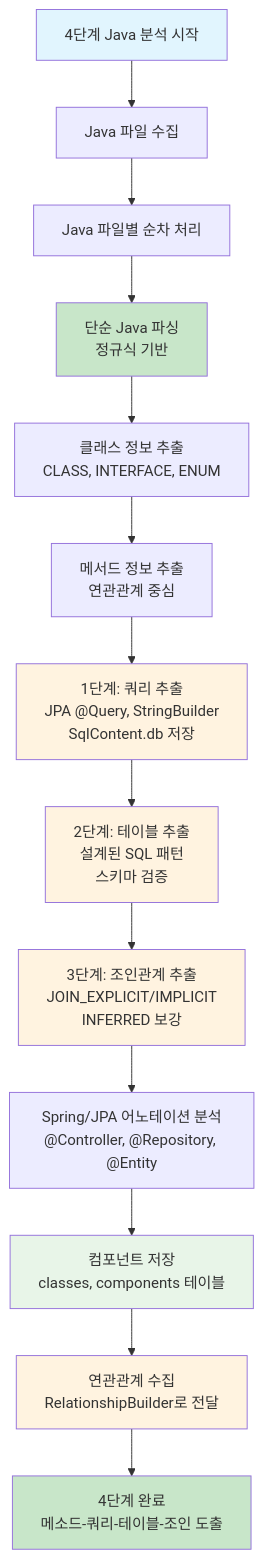
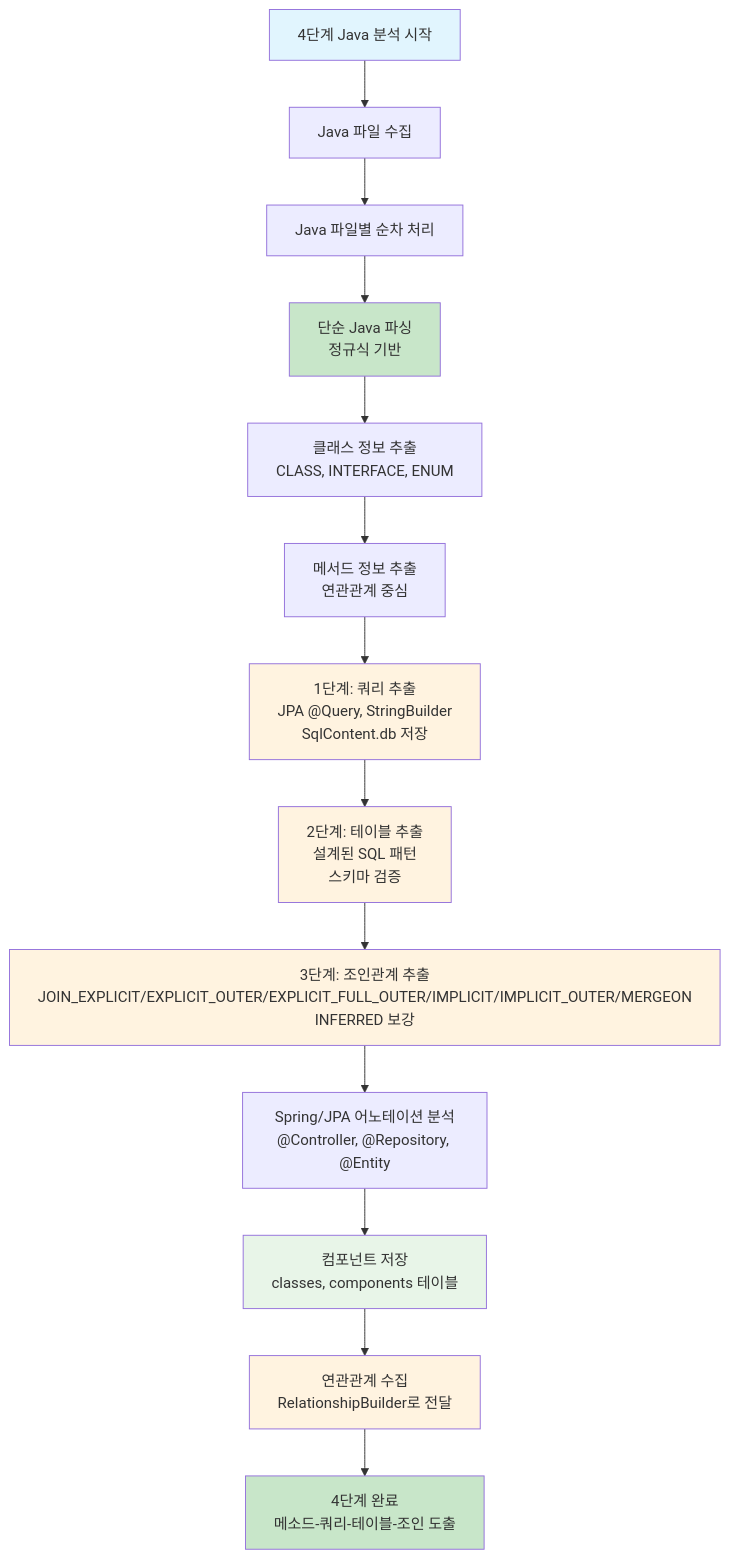
The first of 3 diagrams in docs/07_4단계_Java_분석_구현서.md (kumtaek/CreateMetaDb), drawn with Mermaid before and after one commit. The commit also changed other lines of this file and 104 other files, not shown here.

````diff
--- a/docs/07_4단계_Java_분석_구현서.md
+++ b/docs/07_4단계_Java_분석_구현서.md
@@ -51,24 +55,24 @@
 ```mermaid
 flowchart TD
     A[4단계 Java 분석 시작] --> B[Java 파일 수집]
     B --> C[Java 파일별 순차 처리]
     C --> D["단순 Java 파싱<br/>정규식 기반"]
     D --> E["클래스 정보 추출<br/>CLASS, INTERFACE, ENUM"]
     E --> F["메서드 정보 추출<br/>연관관계 중심"]
     F --> G1["1단계: 쿼리 추출<br/>JPA @Query, StringBuilder<br/>SqlContent.db 저장"]
     G1 --> G2["2단계: 테이블 추출<br/>설계된 SQL 패턴<br/>스키마 검증"]
-    G2 --> G3["3단계: 조인관계 추출<br/>JOIN_EXPLICIT/IMPLICIT<br/>INFERRED 보강"]
+    G2 --> G3["3단계: 조인관계 추출<br/>JOIN_EXPLICIT/EXPLICIT_OUTER/EXPLICIT_FULL_OUTER/IMPLICIT/IMPLICIT_OUTER/MERGEON<br/>INFERRED 보강"]
     G3 --> H["Spring/JPA 어노테이션 분석<br/>@Controller, @Repository, @Entity"]
     H --> I["컴포넌트 저장<br/>classes, components 테이블"]
     I --> J["연관관계 수집<br/>RelationshipBuilder로 전달"]
     J --> K["4단계 완료<br/>메소드-쿼리-테이블-조인 도출"]
     
     style A fill:#e1f5fe
     style K fill:#c8e6c9
     style D fill:#c8e6c9
     style G1 fill:#fff3e0
     style G2 fill:#fff3e0
     style G3 fill:#fff3e0
     style I fill:#e8f5e8
     style J fill:#fff3e0
 ```
````
